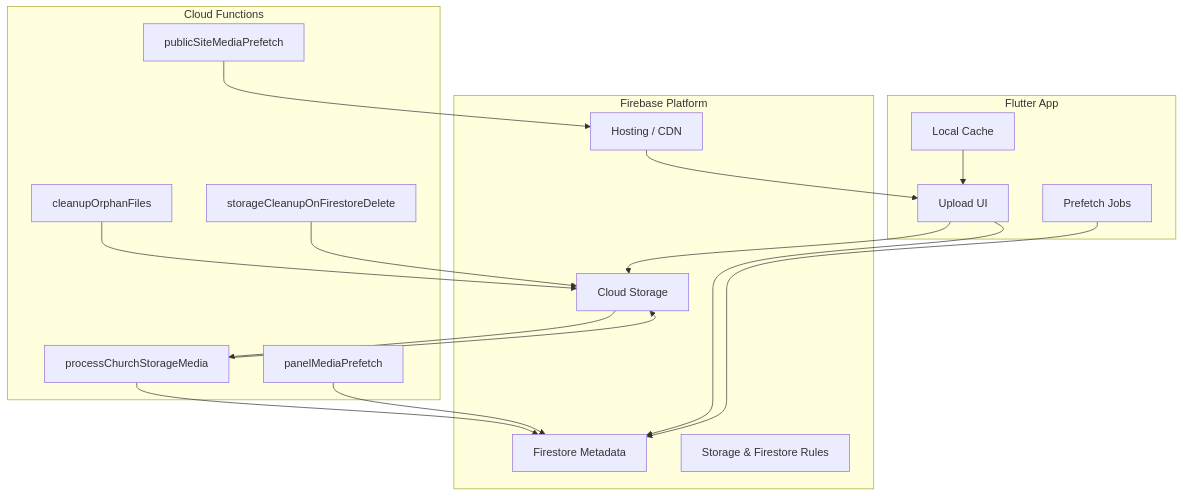
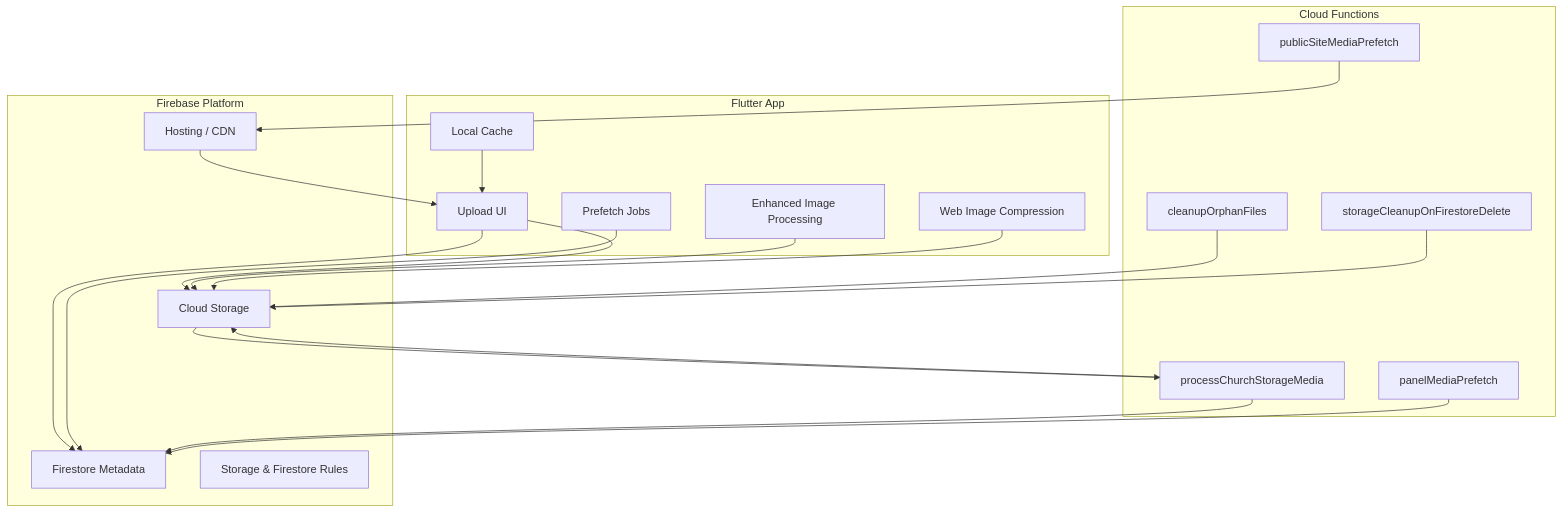
The first of 15 diagrams in .qoder/repowiki/en/content/Media Management/Media Management.md (raihom-netizen/com.gestaoyahwehios.app), drawn with Mermaid before and after one commit. The commit also changed other lines of this file and 504 other files, not shown here.

````diff
--- a/.qoder/repowiki/en/content/Media Management/Media Management.md
+++ b/.qoder/repowiki/en/content/Media Management/Media Management.md
@@ -45,33 +56,37 @@
 ```mermaid
 graph TB
 subgraph "Flutter App"
 UI["Upload UI"]
 Cache["Local Cache"]
 Prefetch["Prefetch Jobs"]
+ImageProc["Enhanced Image Processing"]
+WebCompress["Web Image Compression"]
 end
 subgraph "Firebase Platform"
 Storage["Cloud Storage"]
 Firestore["Firestore Metadata"]
 Rules["Storage & Firestore Rules"]
 Hosting["Hosting / CDN"]
 end
 subgraph "Cloud Functions"
 Proc["processChurchStorageMedia"]
 Cleanup["cleanupOrphanFiles"]
 CleanDel["storageCleanupOnFirestoreDelete"]
 PanelPrefetch["panelMediaPrefetch"]
 PublicPrefetch["publicSiteMediaPrefetch"]
 end
 UI --> Storage
 UI --> Firestore
 Cache --> UI
 Prefetch --> Firestore
+ImageProc --> Storage
+WebCompress --> Storage
 Storage --> Proc
 Proc --> Storage
 Proc --> Firestore
 Cleanup --> Storage
 CleanDel --> Storage
 PanelPrefetch --> Firestore
 PublicPrefetch --> Hosting
 Hosting --> UI
 ```
````
